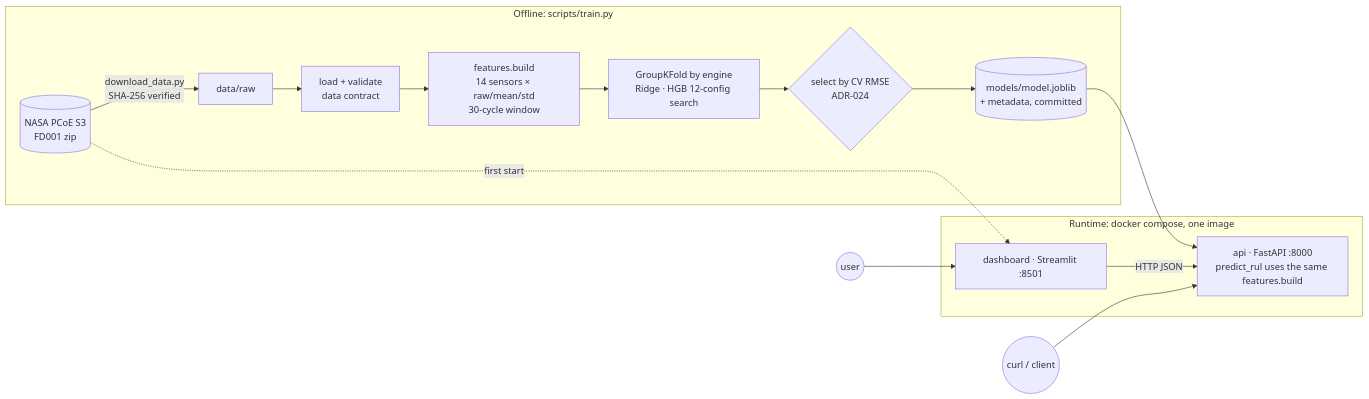
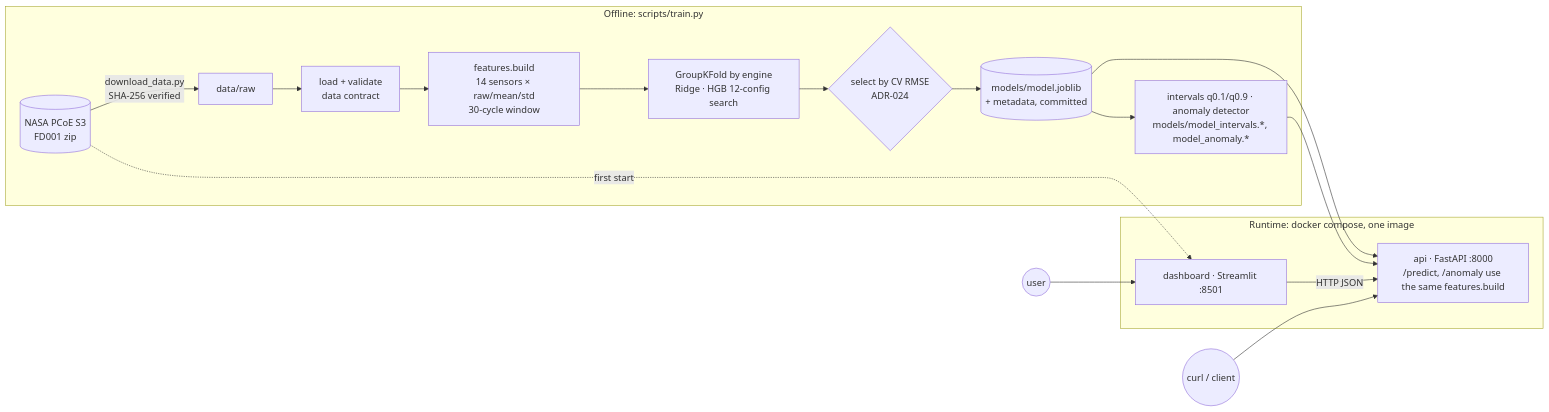
Before and after one commit to Rakibul-cyber/industrial-ai-predictive-maintenance: the diagram in README.md, drawn with Mermaid. The commit also changed other lines of this file and 45 other files, not shown here.

First line of the commit message:
feat(anomaly): add anomaly detection model and related functionality

````diff
--- a/README.md
+++ b/README.md
@@ -65,18 +66,20 @@
 ```mermaid
 flowchart LR
   subgraph Offline["Offline: scripts/train.py"]
     NASA[(NASA PCoE S3<br/>FD001 zip)] -->|download_data.py<br/>SHA-256 verified| RAW[data/raw]
     RAW --> LOAD[load + validate<br/>data contract]
     LOAD --> FEAT[features.build<br/>14 sensors × raw/mean/std<br/>30-cycle window]
     FEAT --> CV[GroupKFold by engine<br/>Ridge · HGB 12-config search]
     CV --> SEL{select by CV RMSE<br/>ADR-024}
     SEL --> ART[(models/model.joblib<br/>+ metadata, committed)]
+    ART --> EXT[intervals q0.1/q0.9 · anomaly detector<br/>models/model_intervals.*, model_anomaly.*]
   end
   subgraph Runtime["Runtime: docker compose, one image"]
-    ART --> API[api · FastAPI :8000<br/>predict_rul uses the same features.build]
+    ART --> API[api · FastAPI :8000<br/>/predict, /anomaly use the same features.build]
+    EXT --> API
     DASH[dashboard · Streamlit :8501] -->|HTTP JSON| API
     NASA -.->|first start| DASH
   end
   USER((user)) --> DASH
   CLIENT((curl / client)) --> API
 ```
````
